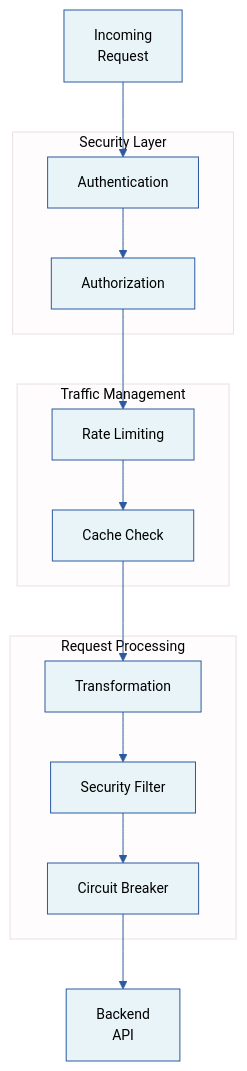
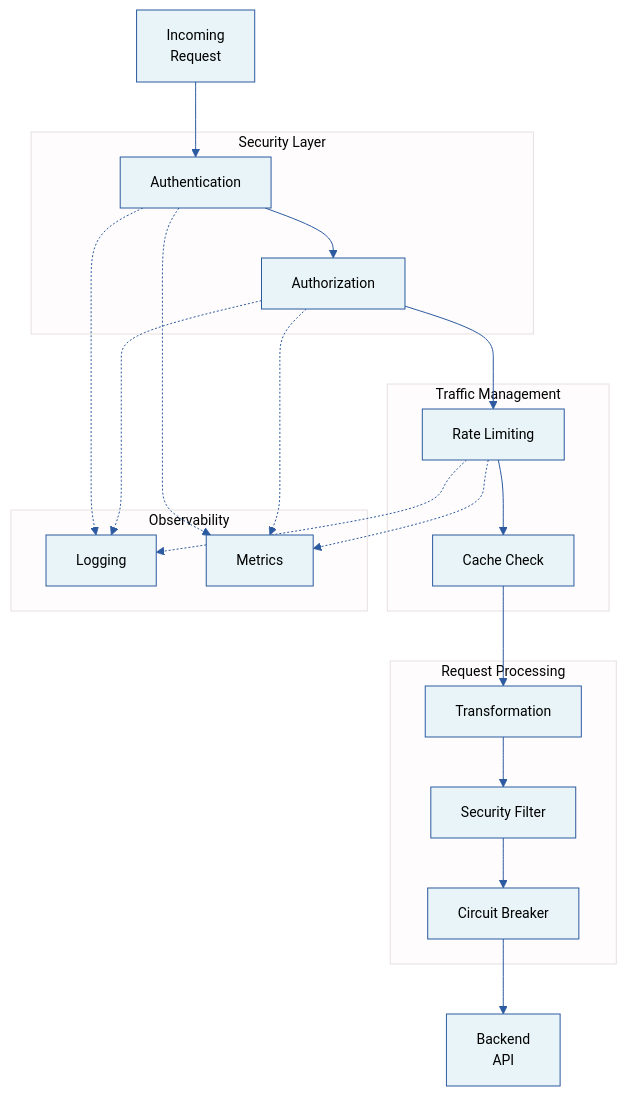
Before and after one commit to barbecuesteve/api-governance: the second of 4 diagrams in build-from-scratch/01-api-gateway.md, drawn with Mermaid.

Commit message:
Adds to the store

```diff
--- a/build-from-scratch/01-api-gateway.md
+++ b/build-from-scratch/01-api-gateway.md
@@ -42,32 +42,45 @@
 <pre class="mermaid">
 %%{init: {'theme':'base', 'themeVariables': { 'primaryColor':'#e8f4f8','primaryTextColor':'#000','primaryBorderColor':'#2c5aa0','lineColor':'#2c5aa0','edgeLabelBackground':'#fff','fontSize':'14px'}}}%%
 flowchart TB
     Request[Incoming<br/>Request]
     
     subgraph Security["Security Layer"]
         Auth[Authentication]
         Authz[Authorization]
     end
     
     subgraph Traffic["Traffic Management"]
         RateLimit[Rate Limiting]
         Cache[Cache Check]
     end
     
     subgraph Processing["Request Processing"]
         Transform[Transformation]
         SecurityFilter[Security Filter]
         Circuit[Circuit Breaker]
     end
     
+    subgraph Observability["Observability"]
+        Logging[Logging]
+        Metrics[Metrics]
+    end
+    
     Backend[Backend<br/>API]
     
     Request --> Auth
     Auth --> Authz
     Authz --> RateLimit
     RateLimit --> Cache
     Cache --> Transform
     Transform --> SecurityFilter
     SecurityFilter --> Circuit
     Circuit --> Backend
+    
+    Auth -.-> Logging
+    Authz -.-> Logging
+    RateLimit -.-> Logging
+    
+    Auth -.-> Metrics
+    Authz -.-> Metrics
+    RateLimit -.-> Metrics
 </pre>
```
